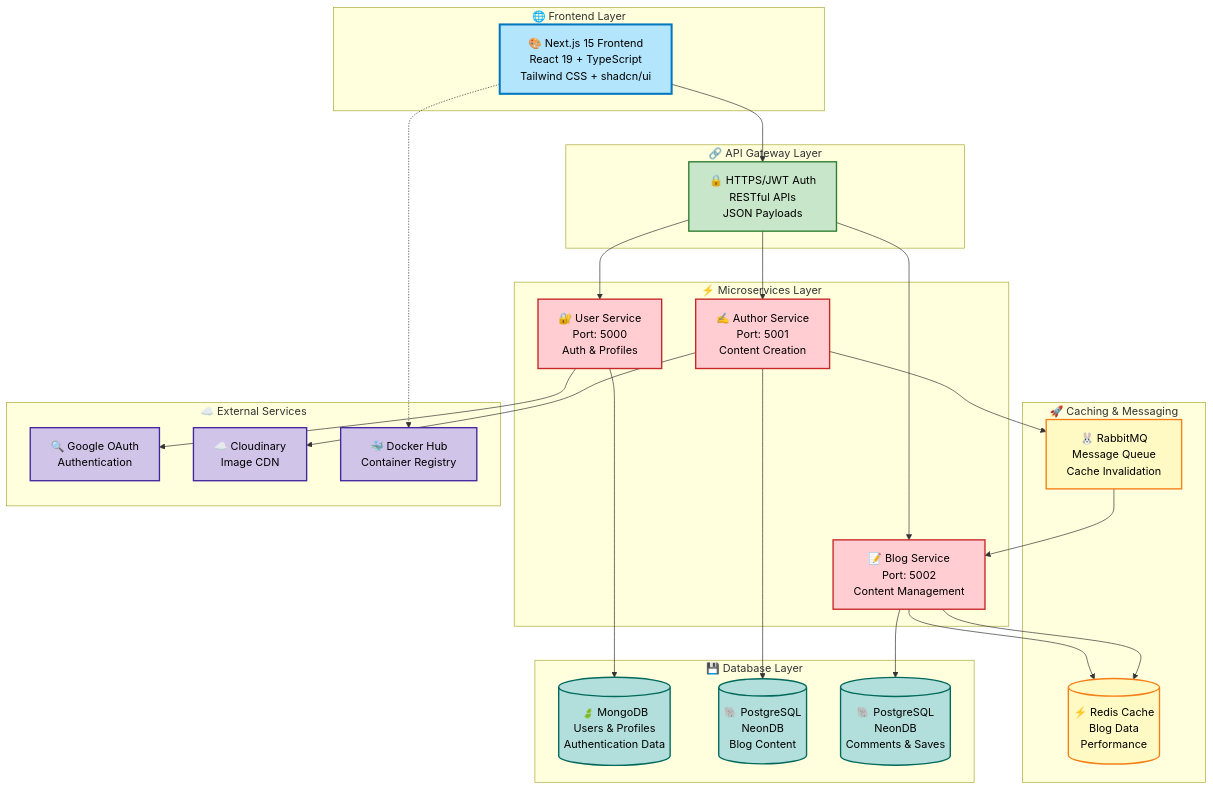
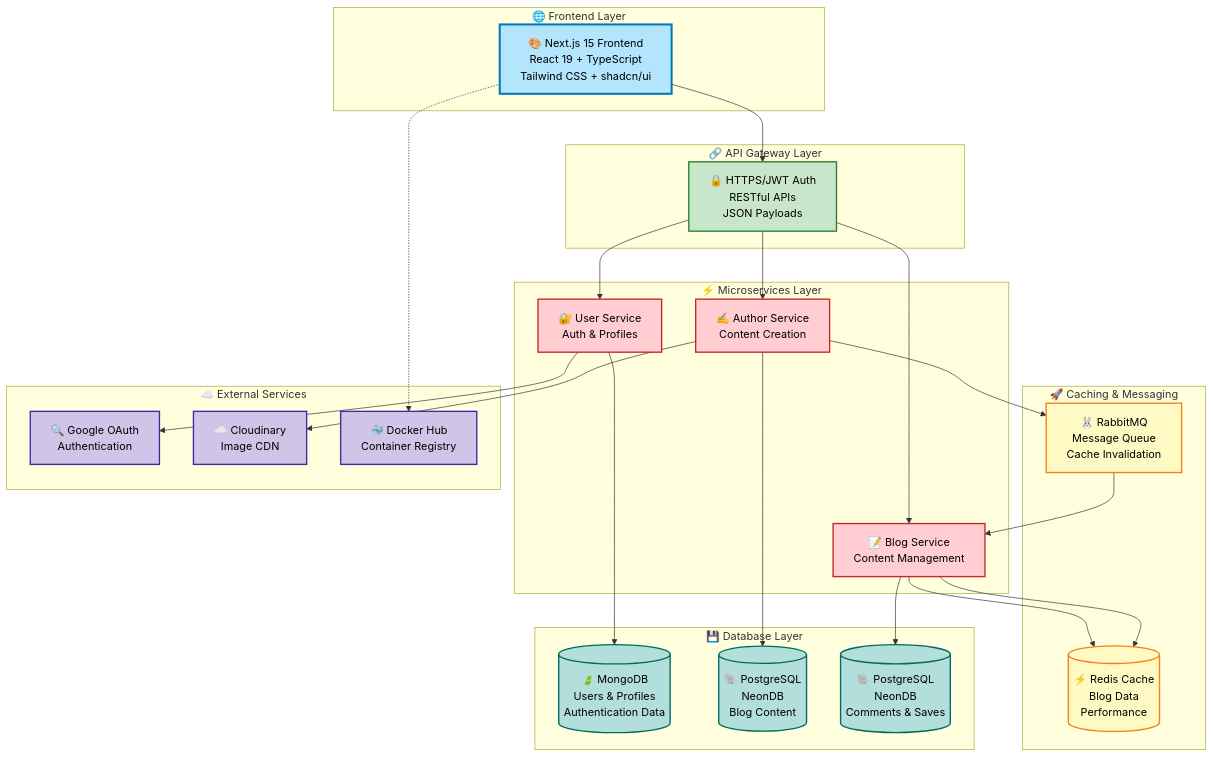
The first of 2 diagrams in README.md (sajjad6ansari/Blog-App-Microservices-frontend), drawn with Mermaid before and after one commit.

Commit message:
Refactor microservices layer descriptions in README

````diff
--- a/README.md
+++ b/README.md
@@ -57,70 +57,70 @@
 ```mermaid
 graph TB
     subgraph "🌐 Frontend Layer"
         FE[🎨 Next.js 15 Frontend<br/>React 19 + TypeScript<br/>Tailwind CSS + shadcn/ui]
     end
     
     subgraph "🔗 API Gateway Layer"
         HTTP[🔒 HTTPS/JWT Auth<br/>RESTful APIs<br/>JSON Payloads]
     end
     
     subgraph "⚡ Microservices Layer"
-        US[🔐 User Service<br/>Port: 5000<br/>Auth & Profiles]
-        AS[✍️ Author Service<br/>Port: 5001<br/>Content Creation]
-        BS[📝 Blog Service<br/>Port: 5002<br/>Content Management]
+        US[🔐 User Service<br/>Auth & Profiles]
+        AS[✍️ Author Service<br/>Content Creation]
+        BS[📝 Blog Service<br/>Content Management]
     end
     
     subgraph "💾 Database Layer"
         MONGO[(🍃 MongoDB<br/>Users & Profiles<br/>Authentication Data)]
         POSTGRES1[(🐘 PostgreSQL<br/>NeonDB<br/>Blog Content)]
         POSTGRES2[(🐘 PostgreSQL<br/>NeonDB<br/>Comments & Saves)]
     end
     
     subgraph "🚀 Caching & Messaging"
         REDIS[(⚡ Redis Cache<br/>Blog Data<br/>Performance)]
         RABBIT[🐰 RabbitMQ<br/>Message Queue<br/>Cache Invalidation]
     end
     
     subgraph "☁️ External Services"
         GOOGLE[🔍 Google OAuth<br/>Authentication]
         CLOUD[☁️ Cloudinary<br/>Image CDN]
         DOCKER[🐳 Docker Hub<br/>Container Registry]
     end
     
     %% Frontend connections
     FE --> HTTP
     HTTP --> US
     HTTP --> AS  
     HTTP --> BS
     
     %% Service to database connections
     US --> MONGO
     AS --> POSTGRES1
     BS --> POSTGRES2
     BS --> REDIS
     
     %% Inter-service communication
     AS --> RABBIT
     RABBIT --> BS
     BS --> REDIS
     
     %% External service connections
     US --> GOOGLE
     AS --> CLOUD
     FE -.-> DOCKER
     
     %% Styling with high contrast text
     classDef frontend fill:#b3e5fc,stroke:#0277bd,stroke-width:3px,color:#000
     classDef microservice fill:#ffcdd2,stroke:#c62828,stroke-width:2px,color:#000
     classDef database fill:#b2dfdb,stroke:#00695c,stroke-width:2px,color:#000
     classDef cache fill:#fff9c4,stroke:#f57f17,stroke-width:2px,color:#000
     classDef external fill:#d1c4e9,stroke:#4527a0,stroke-width:2px,color:#000
     classDef api fill:#c8e6c9,stroke:#2e7d32,stroke-width:2px,color:#000
     
     class FE frontend
     class US,AS,BS microservice
     class MONGO,POSTGRES1,POSTGRES2 database
     class REDIS,RABBIT cache
     class GOOGLE,CLOUD,DOCKER external
     class HTTP api
 ```
````
